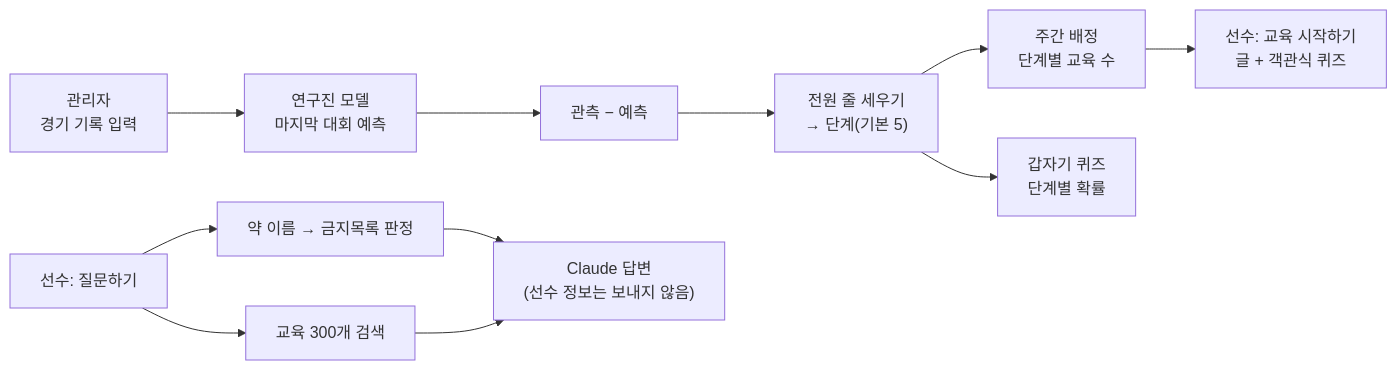
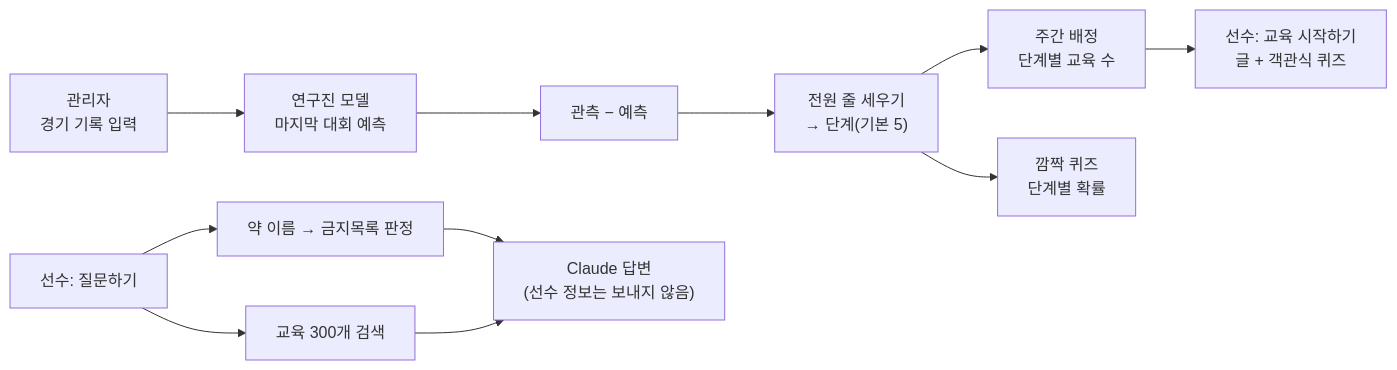
One commit to bell-ha/ai-antidoping-edu changed the diagram in README.md. Above: the diagram before and after it, drawn with Mermaid. The commit also changed other lines of this file and 39 other files, not shown here.

````diff
--- a/README.md
+++ b/README.md
@@ -17,12 +17,12 @@
 ```mermaid
 flowchart LR
     A["관리자<br/>경기 기록 입력"] --> M["연구진 모델<br/>마지막 대회 예측"]
     M --> R["관측 − 예측"]
     R --> T["전원 줄 세우기<br/>→ 단계(기본 5)"]
     T --> W["주간 배정<br/>단계별 교육 수"]
     W --> L["선수: 교육 시작하기<br/>글 + 객관식 퀴즈"]
-    T --> Q["갑자기 퀴즈<br/>단계별 확률"]
+    T --> Q["깜짝 퀴즈<br/>단계별 확률"]
     S["선수: 질문하기"] --> D["약 이름 → 금지목록 판정"]
     S --> E["교육 300개 검색"]
     D & E --> C["Claude 답변<br/>(선수 정보는 보내지 않음)"]
 ```
````
